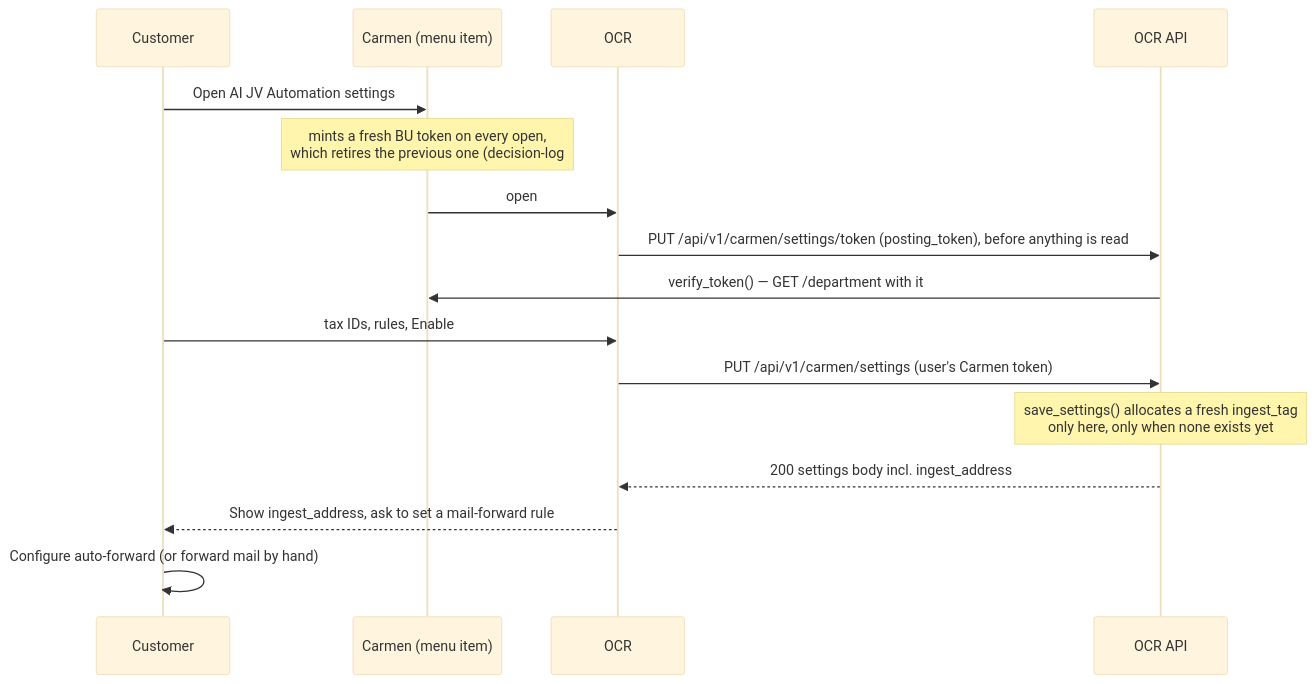
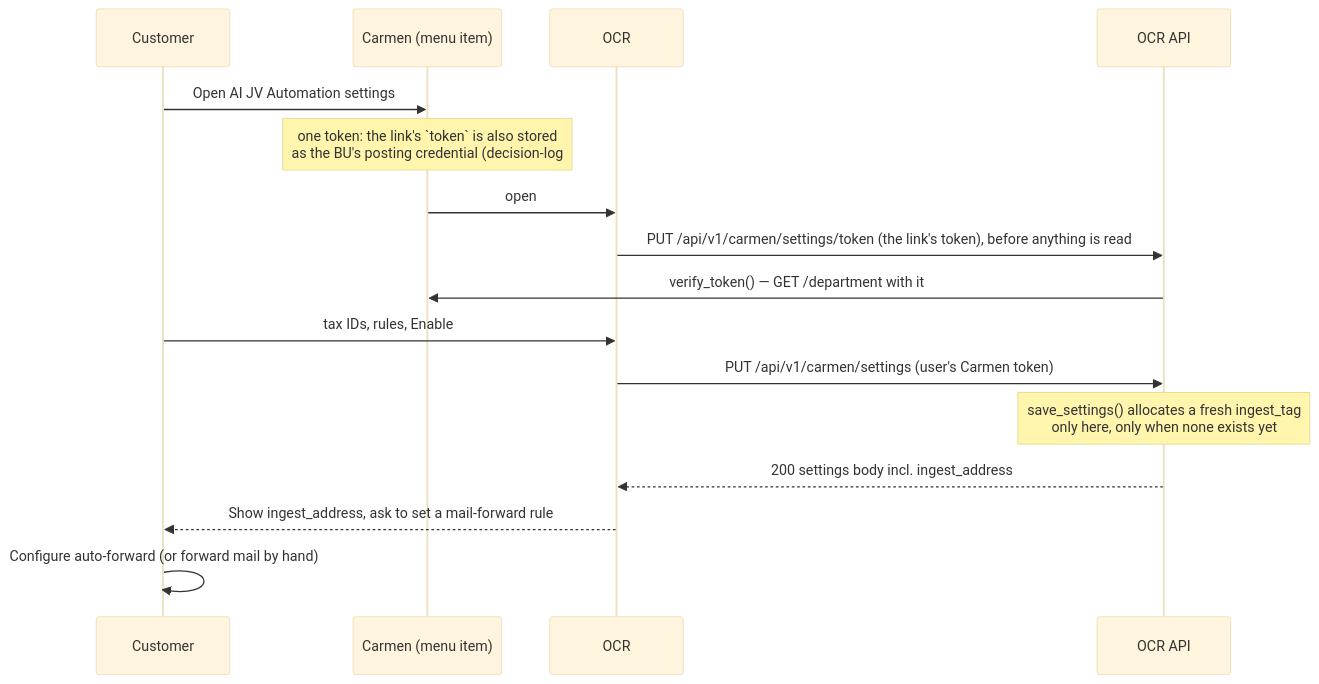
The second of 8 diagrams in docs/email-automation/02-architecture.md (developer-carmensoftware/OCR), drawn with Mermaid (base theme) before and after one commit. The commit also changed other lines of this file and 5 other files, not shown here.

Commit message:
docs: one token for Carmen's settings link (decision-log #36)

````diff
--- a/docs/email-automation/02-architecture.md
+++ b/docs/email-automation/02-architecture.md
@@ -40,19 +40,19 @@
 ```mermaid
 sequenceDiagram
     participant User as Customer
     participant Carmen as Carmen (menu item)
     participant Page as OCR #/CreditCardOCR/email-settings
     participant API as OCR API
 
     User->>Carmen: Open AI JV Automation settings
-    Note over Carmen: mints a fresh BU token on every open,<br/>which retires the previous one (decision-log #35)
-    Carmen->>Page: open #/CreditCardOCR/email-settings?token=&posting_token=&bu=&uri= (same SSO link as the queue)
-    Page->>API: PUT /api/v1/carmen/settings/token (posting_token), before anything is read
+    Note over Carmen: one token: the link's `token` is also stored<br/>as the BU's posting credential (decision-log #36)
+    Carmen->>Page: open #/CreditCardOCR/email-settings?token=&bu=&uri= (same SSO link as the queue)
+    Page->>API: PUT /api/v1/carmen/settings/token (the link's token), before anything is read
     API->>Carmen: verify_token() — GET /department with it
     User->>Page: tax IDs, rules, Enable
     Page->>API: PUT /api/v1/carmen/settings (user's Carmen token)
     Note over API: save_settings() allocates a fresh ingest_tag<br/>only here, only when none exists yet
     API-->>Page: 200 settings body incl. ingest_address
     Page-->>User: Show ingest_address, ask to set a mail-forward rule
     User->>User: Configure auto-forward (or forward mail by hand)
 ```
````
